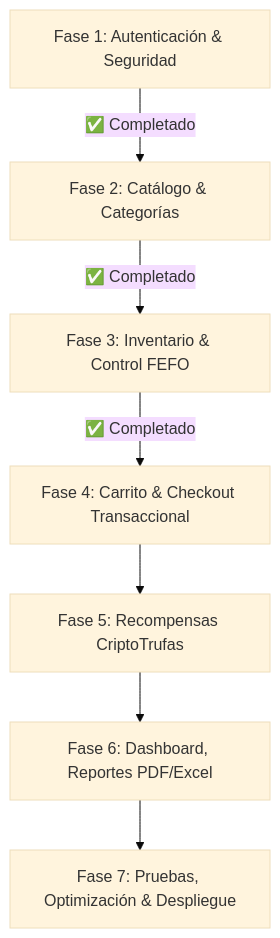
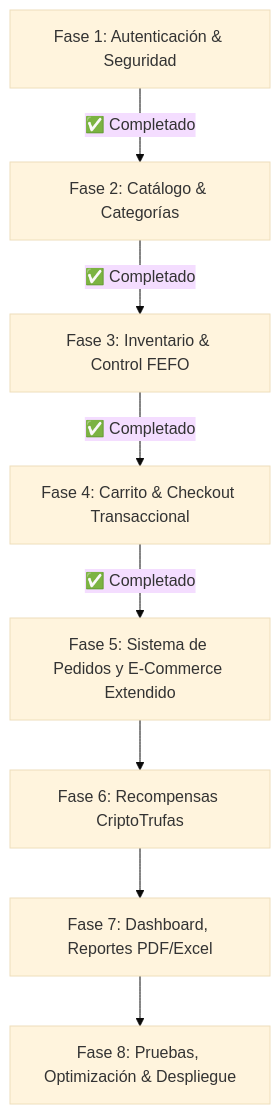
The diagram in _docs/fases/plan_fases.md (Gimms11/MitrufelyWeb), drawn with Mermaid (base theme) before and after one commit. The commit also changed other lines of this file and 102 other files, not shown here.

````diff
--- a/_docs/fases/plan_fases.md
+++ b/_docs/fases/plan_fases.md
@@ -9,9 +9,10 @@
 ```mermaid
 graph TD
     F1[Fase 1: Autenticación & Seguridad] -->|✅ Completado| F2[Fase 2: Catálogo & Categorías]
     F2 -->|✅ Completado| F3[Fase 3: Inventario & Control FEFO]
     F3 -->|✅ Completado| F4[Fase 4: Carrito & Checkout Transaccional]
-    F4 --> F5[Fase 5: Recompensas CriptoTrufas]
-    F5 --> F6[Fase 6: Dashboard, Reportes PDF/Excel]
-    F6 --> F7[Fase 7: Pruebas, Optimización & Despliegue]
+    F4 -->|✅ Completado| F5[Fase 5: Sistema de Pedidos y E-Commerce Extendido]
+    F5 --> F6[Fase 6: Recompensas CriptoTrufas]
+    F6 --> F7[Fase 7: Dashboard, Reportes PDF/Excel]
+    F7 --> F8[Fase 8: Pruebas, Optimización & Despliegue]
 ```
````
